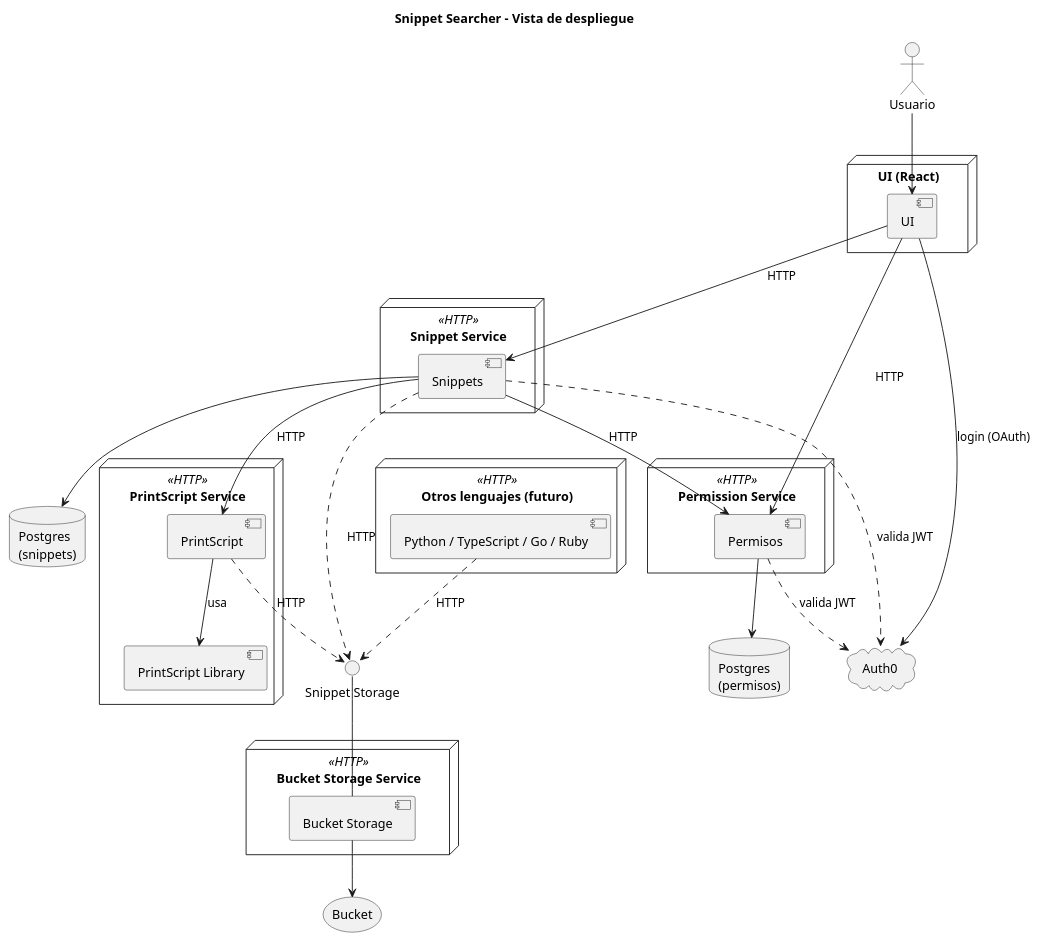
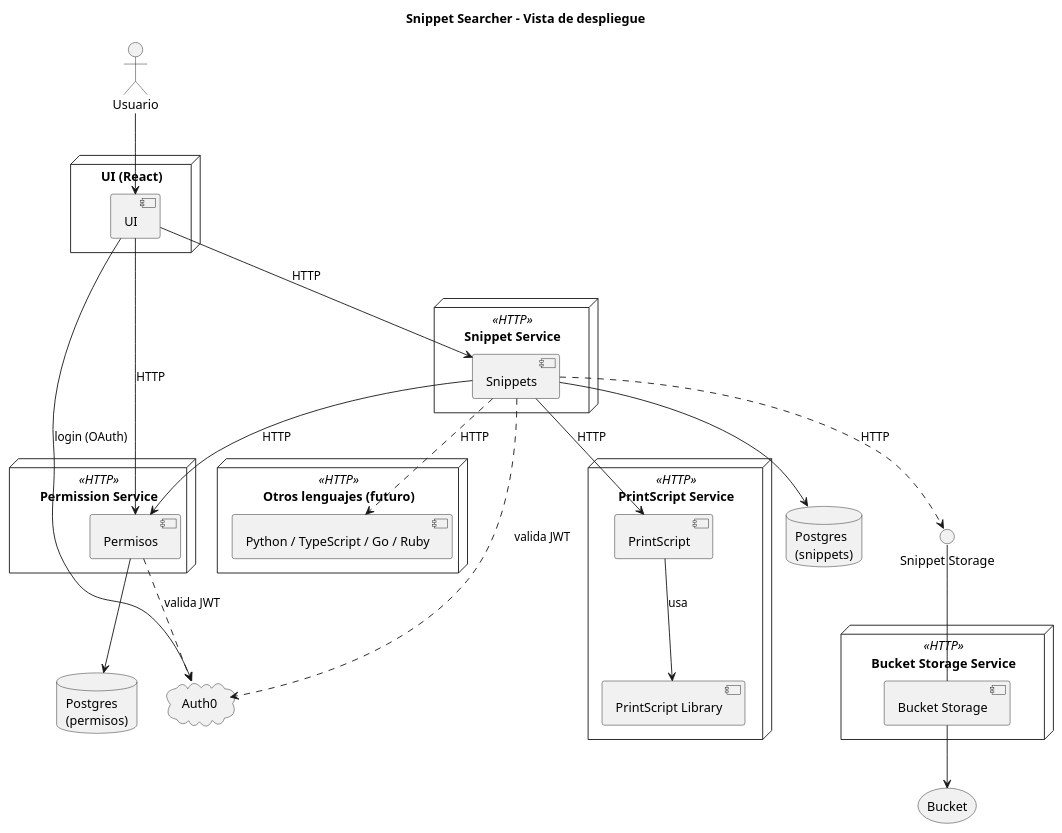
The diagram in docs/diagramas/componentes-despliegue.puml (MartinaCousido/SnippetSearcher), drawn with PlantUML before and after one commit. The commit also changed 4 other files, not shown here.

```diff
--- a/docs/diagramas/componentes-despliegue.puml
+++ b/docs/diagramas/componentes-despliegue.puml
@@ -1,64 +1,64 @@
 @startuml componentes-despliegue
 ' Vista de despliegue: cada módulo corre como un servicio independiente
 ' que expone una API HTTP, con su propia base de datos cuando la necesita.
 ' El código de los snippets se guarda en un bucket, no en Postgres.
+' Solo Snippets usa el Snippet Storage: a los lenguajes les manda el código.
 
 title Snippet Searcher - Vista de despliegue
 skinparam componentStyle uml2
 
 actor Usuario
 
 cloud "Auth0" as Auth0
 
 node "UI (React)" as UINode {
   component UI
 }
 
 node "Permission Service" <<HTTP>> {
   component Permisos
 }
 database "Postgres\n(permisos)" as PermDB
 
 node "Snippet Service" <<HTTP>> {
   component Snippets
 }
 database "Postgres\n(snippets)" as SnipDB
 
 node "PrintScript Service" <<HTTP>> as PSNode {
   component PrintScript
   component "PrintScript Library" as PSLib
 }
 
 node "Otros lenguajes (futuro)" <<HTTP>> as OtrosNode {
   component "Python / TypeScript / Go / Ruby" as Otros
 }
 
 interface "Snippet Storage" as Storage
 node "Bucket Storage Service" <<HTTP>> {
   component "Bucket Storage" as BucketSvc
 }
 storage "Bucket" as Bucket
 
 Usuario --> UI
 UI --> Auth0 : login (OAuth)
 UI --> Snippets : HTTP
 UI --> Permisos : HTTP
 
 Snippets --> Permisos : HTTP
 Snippets --> PrintScript : HTTP
+Snippets ..> Otros : HTTP
 Snippets --> SnipDB
 Permisos --> PermDB
 
 PrintScript --> PSLib : usa
 
 Snippets ..> Storage : HTTP
-PrintScript ..> Storage : HTTP
-Otros ..> Storage : HTTP
 
 BucketSvc -up- Storage
 BucketSvc --> Bucket
 
 Snippets ..> Auth0 : valida JWT
 Permisos ..> Auth0 : valida JWT
 
 @enduml
```
